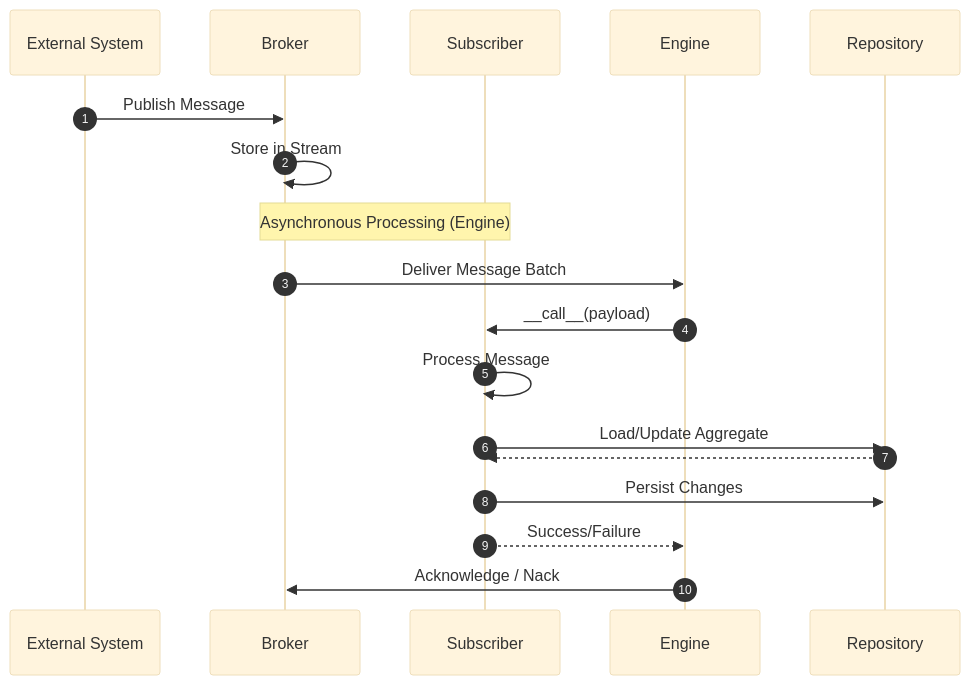
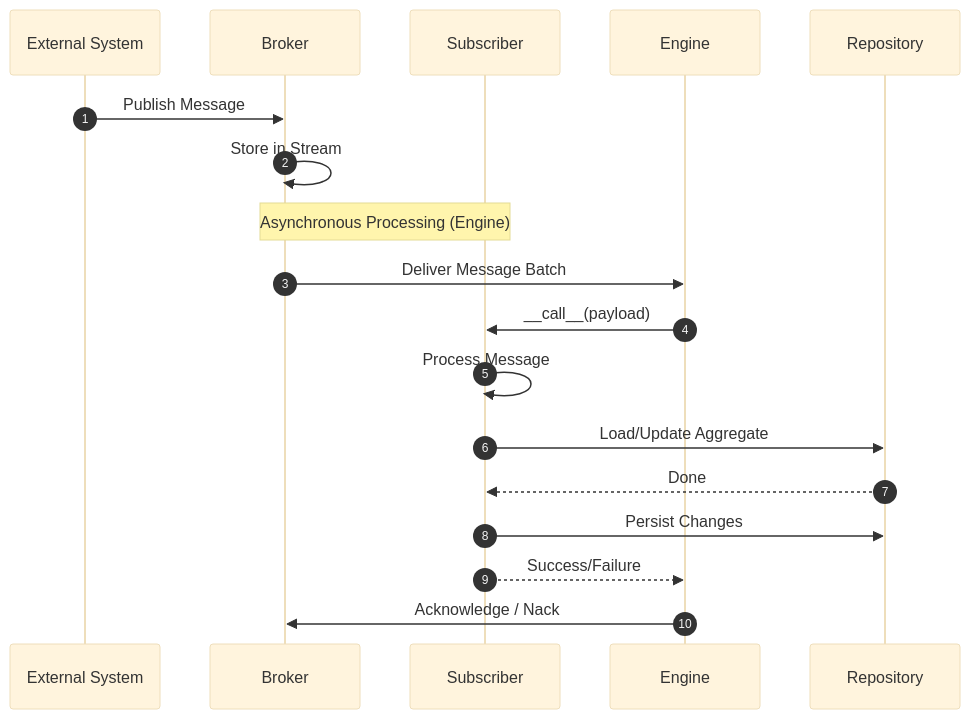
Before and after one commit to proteanhq/protean: the diagram in docs/guides/consume-state/subscribers.md, drawn with Mermaid (base theme). The commit also changed 5 other files, not shown here.

First line of the commit message:
Fix empty message labels in mermaid sequence diagrams

````diff
--- a/docs/guides/consume-state/subscribers.md
+++ b/docs/guides/consume-state/subscribers.md
@@ -44,17 +44,17 @@
 ```mermaid
 sequenceDiagram
   autonumber
   External System->>Broker: Publish Message
   Broker->>Broker: Store in Stream
 
   Note over Broker,Subscriber: Asynchronous Processing (Engine)
 
   Broker->>Engine: Deliver Message Batch
   Engine->>Subscriber: __call__(payload)
   Subscriber->>Subscriber: Process Message
   Subscriber->>Repository: Load/Update Aggregate
-  Repository-->>Subscriber:
+  Repository-->>Subscriber: Done
   Subscriber->>Repository: Persist Changes
   Subscriber-->>Engine: Success/Failure
   Engine->>Broker: Acknowledge / Nack
 ```
````
